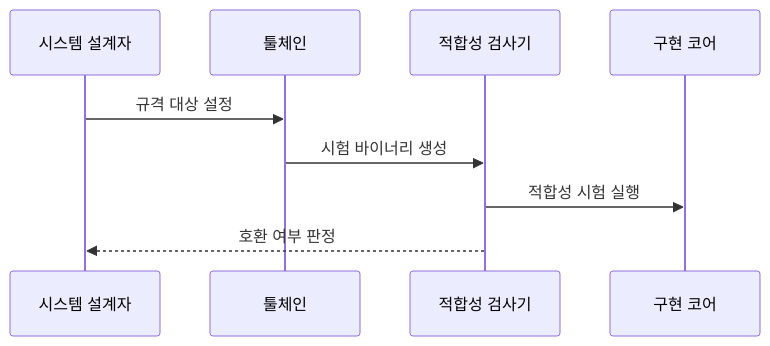
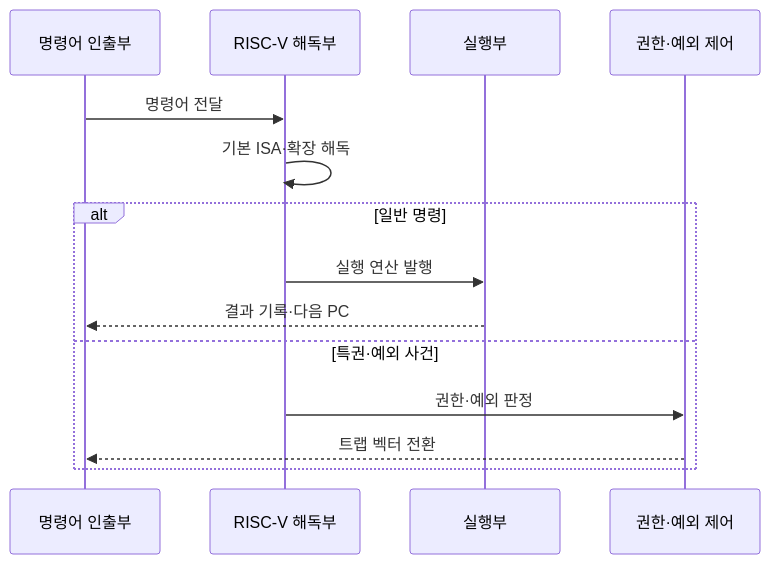
One commit to agnusdei1207/knowledge-base changed the second of 2 diagrams in src/content/docs/notes/02-hardware/004_risc_v.md. Above: the diagram before and after it, drawn with Mermaid. The commit also changed other lines of this file and 17 other files, not shown here.

````diff
--- a/src/content/docs/notes/02-hardware/004_risc_v.md
+++ b/src/content/docs/notes/02-hardware/004_risc_v.md
@@ -89,11 +89,16 @@
 ```mermaid
 sequenceDiagram
-    participant D as 시스템 설계자
-    participant T as 툴체인
-    participant V as 적합성 검사기
-    participant C as 구현 코어
-    D->>T: 규격 대상 설정
-    T->>V: 시험 바이너리 생성
-    V->>C: 적합성 시험 실행
-    V-->>D: 호환 여부 판정
+    participant F as 명령어 인출부
+    participant D as RISC-V 해독부
+    participant E as 실행부
+    participant P as 권한·예외 제어
+    F->>D: 명령어 전달
+    D->>D: 기본 ISA·확장 해독
+    alt 일반 명령
+        D->>E: 실행 연산 발행
+        E-->>F: 결과 기록·다음 PC
+    else 특권·예외 사건
+        D->>P: 권한·예외 판정
+        P-->>F: 트랩 벡터 전환
+    end
 ```
````
